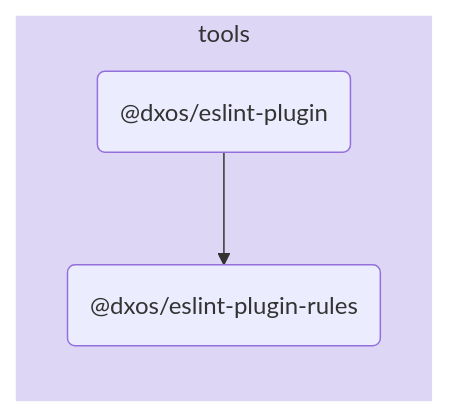
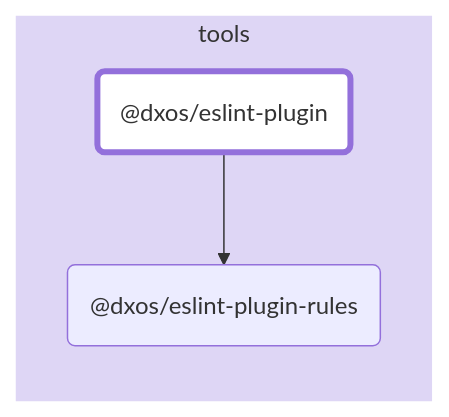
One commit to dxos/dxos changed the diagram in tools/eslint-plugin/docs/README.md. Above: the diagram before and after it, drawn with Mermaid. The commit also changed other lines of this file and 88 other files, not shown here.

````diff
--- a/tools/eslint-plugin/docs/README.md
+++ b/tools/eslint-plugin/docs/README.md
@@ -5,11 +7,15 @@
 ```mermaid
 flowchart LR;
+
+style dxos/eslint-plugin fill:#fff,stroke-width:4px;
+
+click dxos/eslint-plugin-rules "https:/github.com/dxos/dxos/tree/main/tools/eslint-rules/docs";
 
 subgraph tools
   style tools fill:#ded6f5,stroke:#fff;
   dxos/eslint-plugin("@dxos/eslint-plugin");
   dxos/eslint-plugin-rules("@dxos/eslint-plugin-rules");
 end
 
 dxos/eslint-plugin --> dxos/eslint-plugin-rules;
 ```
````
